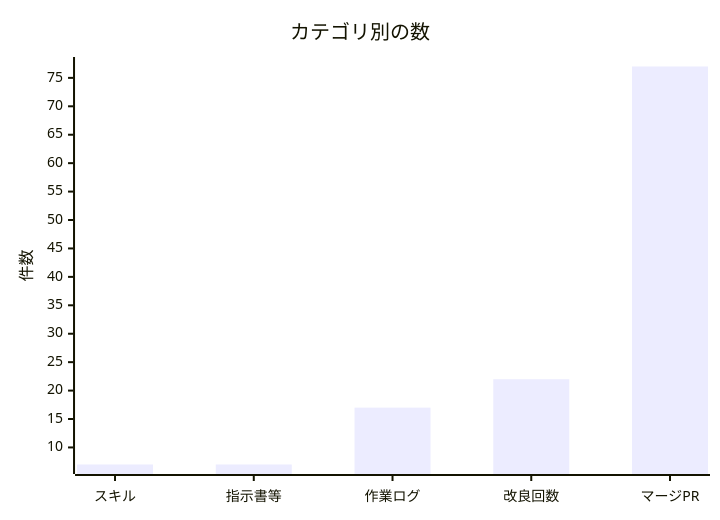
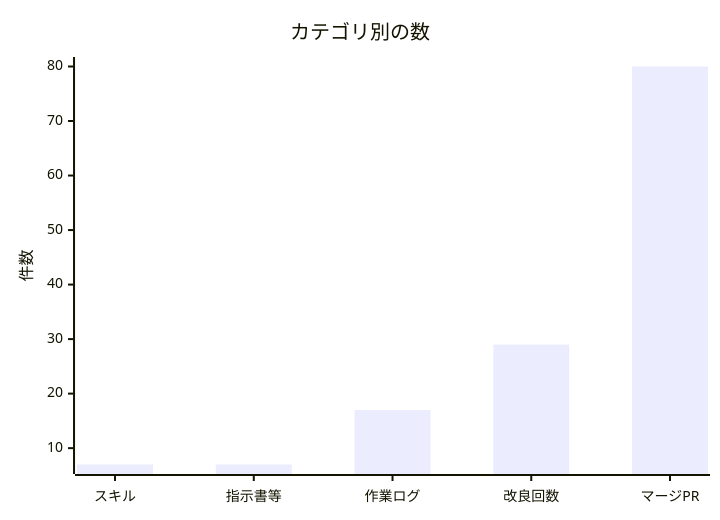
Before and after one commit to non-x2/non-x2: the second of 2 diagrams in docs/進化レポート.md, drawn with Mermaid. The commit also changed other lines of this file and 4 other files, not shown here.

````diff
--- a/docs/進化レポート.md
+++ b/docs/進化レポート.md
@@ -33,7 +33,7 @@
 ```mermaid
 xychart-beta
     title "カテゴリ別の数"
     x-axis ["スキル", "指示書等", "作業ログ", "改良回数", "マージPR"]
     y-axis "件数"
-    bar [7, 7, 17, 22, 77]
+    bar [7, 7, 17, 29, 80]
 ```
````
